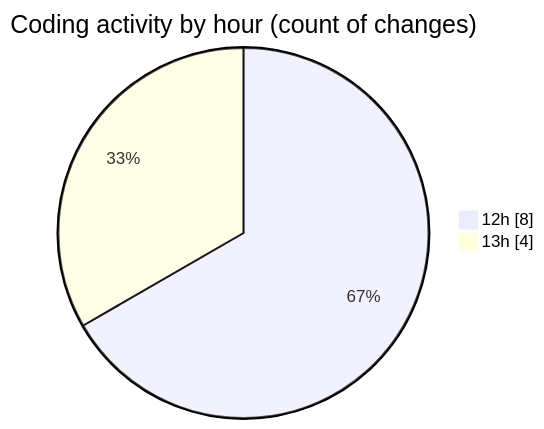
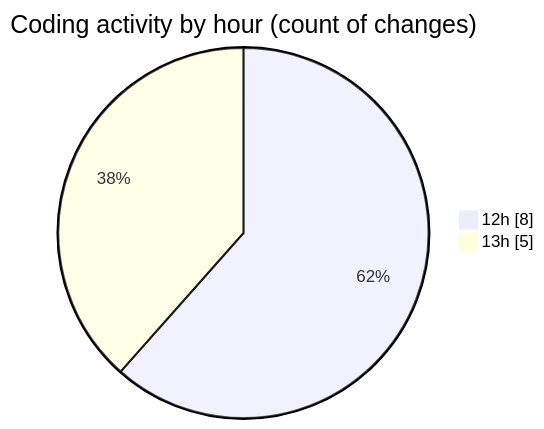
The second of 2 diagrams in 2026-02-05/nxtqube_webapp/README.md (nxtqubesakshisongat/code-tracking), drawn with Mermaid before and after one commit. The commit also changed other lines of this file and 1 other file, not shown here.

````diff
--- a/2026-02-05/nxtqube_webapp/README.md
+++ b/2026-02-05/nxtqube_webapp/README.md
@@ -32,6 +33,6 @@
 ```mermaid
 pie showData
 title Coding activity by hour (count of changes)
 "12h" : 8
-"13h" : 4
+"13h" : 5
 ```
````
